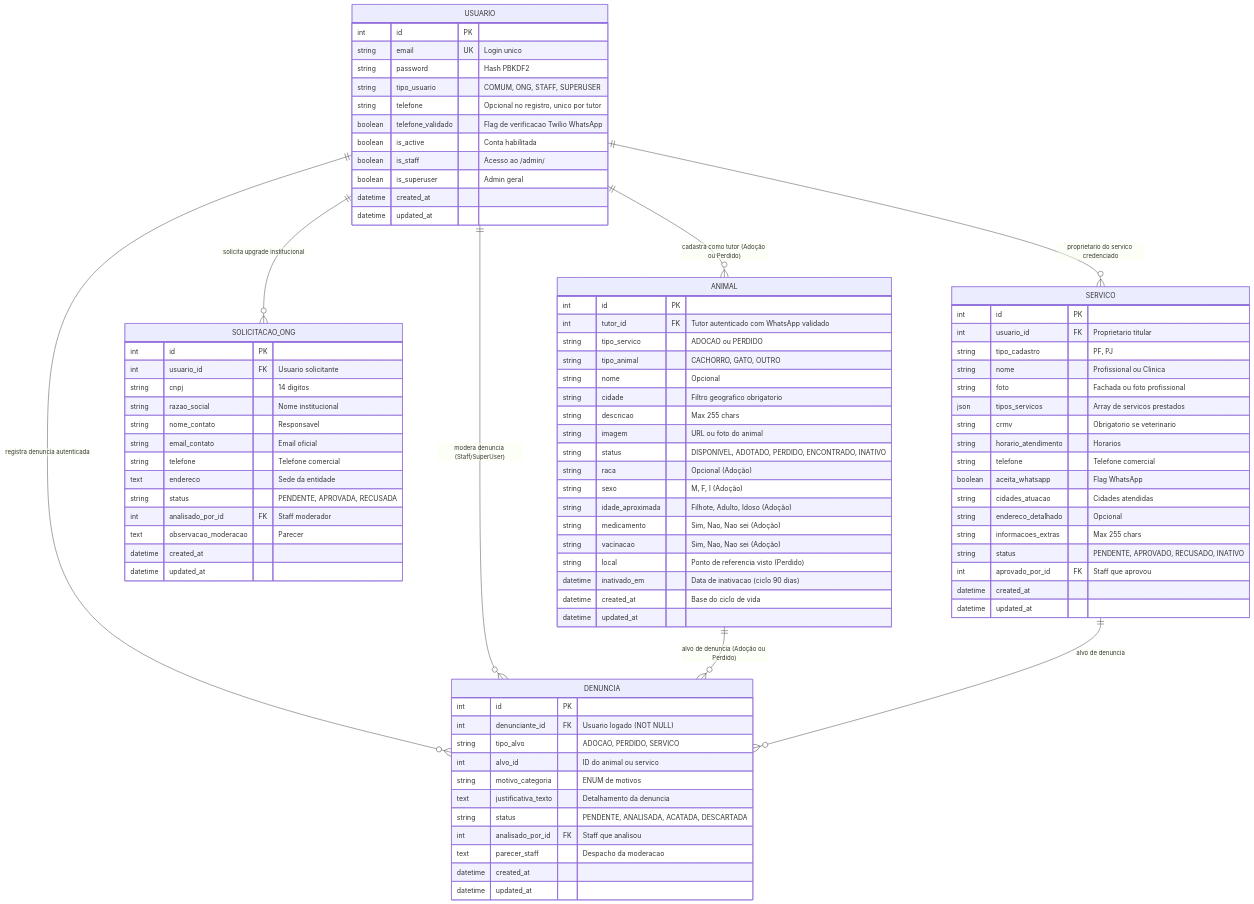
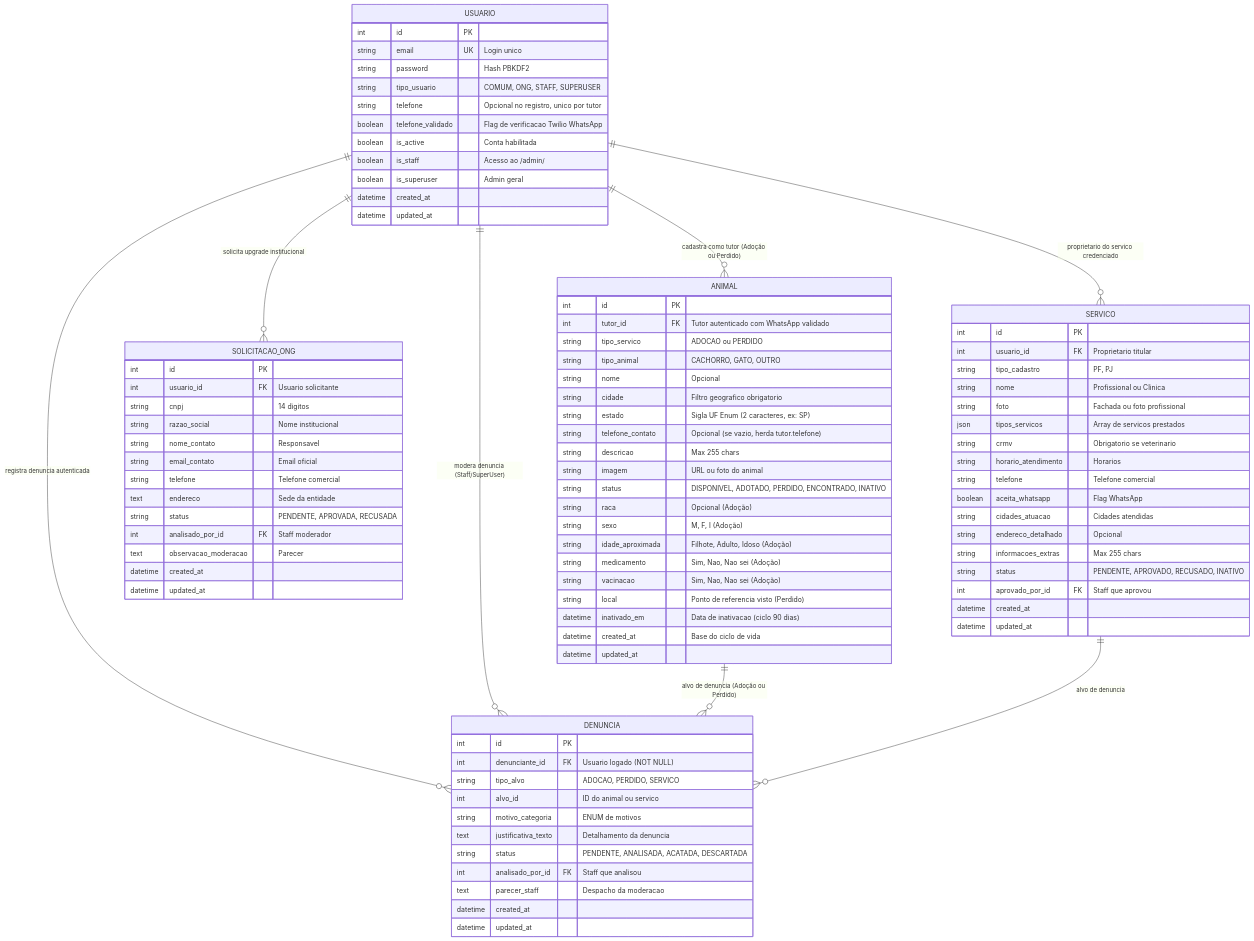
Before and after one commit to CristianDiniz/Best_Buddy: the diagram in vault/06 - Requisitos e Modelagem/05 - Modelagem de Dados e Relacionamentos.md, drawn with Mermaid. The commit also changed other lines of this file and 9 other files, not shown here.

Commit message:
preparando roadmap

```diff
--- a/vault/06 - Requisitos e Modelagem/05 - Modelagem de Dados e Relacionamentos.md
+++ b/vault/06 - Requisitos e Modelagem/05 - Modelagem de Dados e Relacionamentos.md
@@ -63,6 +63,8 @@
         string tipo_animal "CACHORRO, GATO, OUTRO"
         string nome "Opcional"
         string cidade "Filtro geografico obrigatorio"
+        string estado "Sigla UF Enum (2 caracteres, ex: SP)"
+        string telefone_contato "Opcional (se vazio, herda tutor.telefone)"
         string descricao "Max 255 chars"
         string imagem "URL ou foto do animal"
         string status "DISPONIVEL, ADOTADO, PERDIDO, ENCONTRADO, INATIVO"
```
